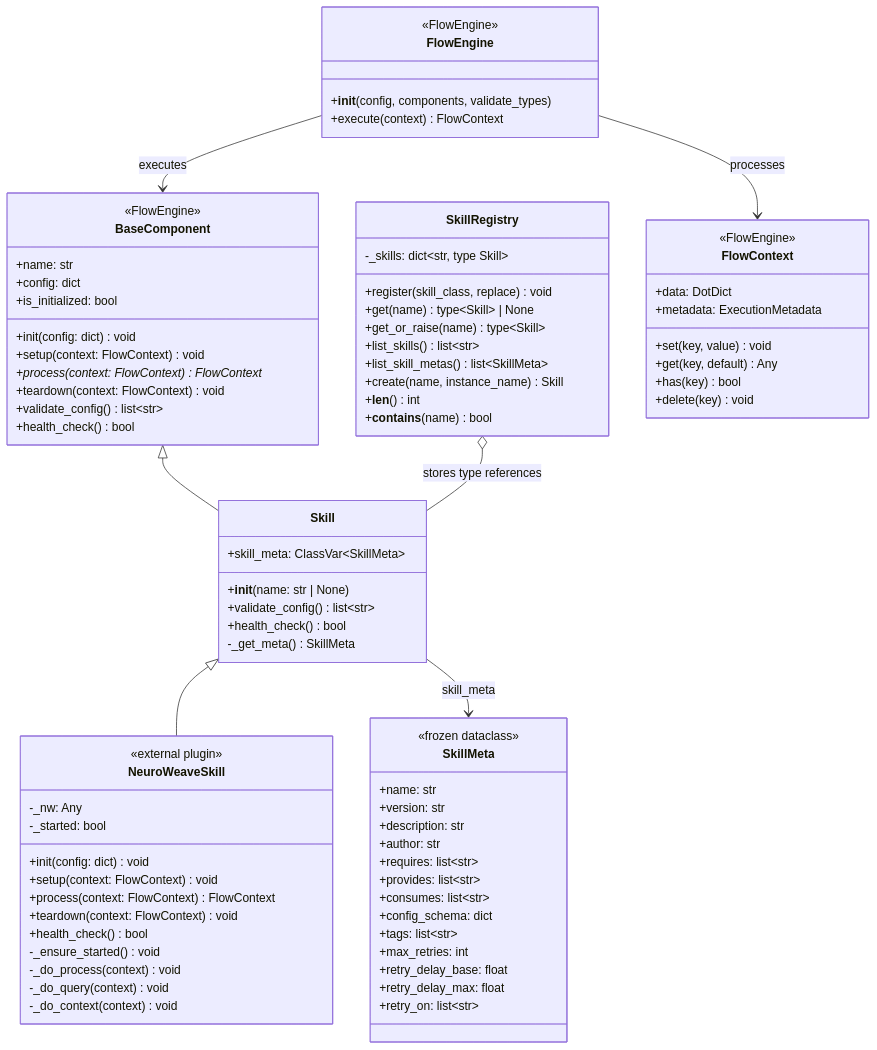
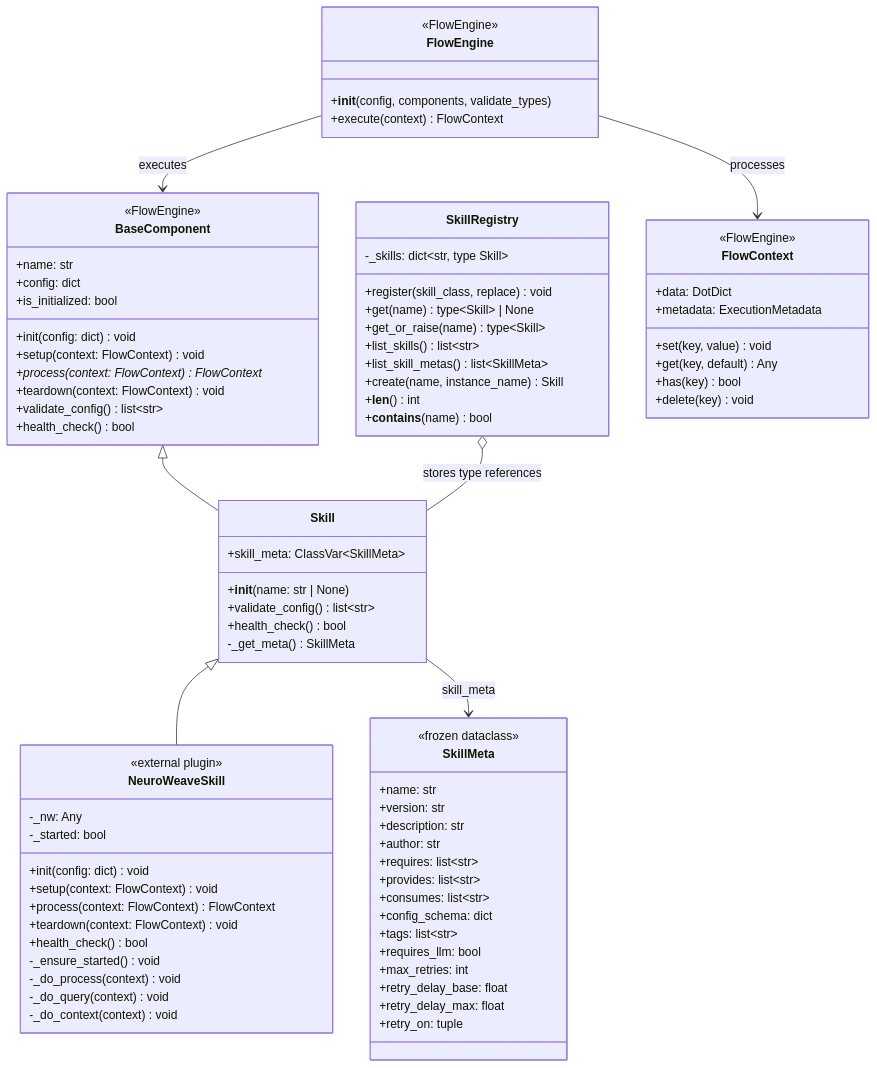
One commit to alexh-scrt/neurocore changed the fourth of 19 diagrams in ARCHITECTURE.md. Above: the diagram before and after it, drawn with Mermaid. The commit also changed other lines of this file and 94 other files, not shown here.

```diff
--- a/ARCHITECTURE.md
+++ b/ARCHITECTURE.md
@@ -275,10 +282,11 @@
         +consumes: list~str~
         +config_schema: dict
         +tags: list~str~
+        +requires_llm: bool
         +max_retries: int
         +retry_delay_base: float
         +retry_delay_max: float
-        +retry_on: list~str~
+        +retry_on: tuple
     }
 
     class SkillRegistry {
```
